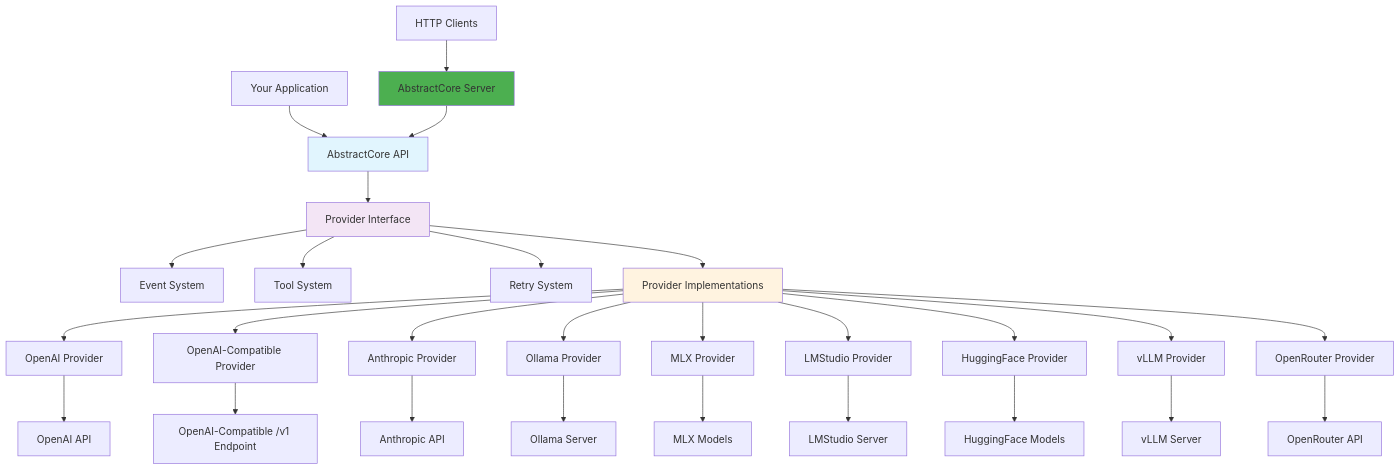
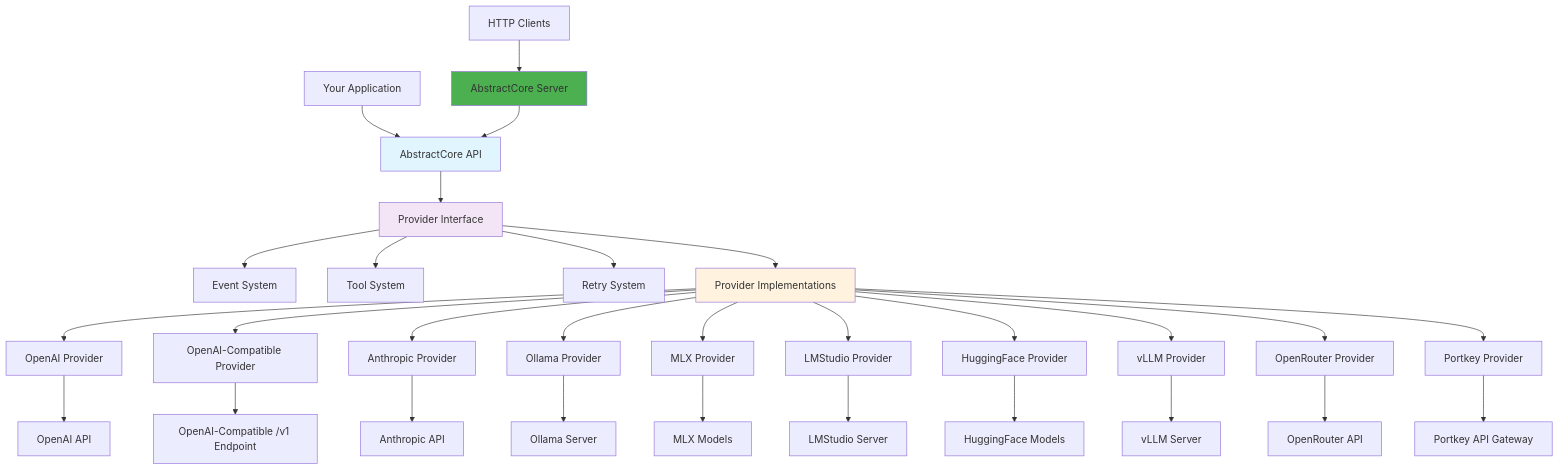
The first of 15 diagrams in docs/architecture.md (lpalbou/AbstractCore), drawn with Mermaid before and after one commit. The commit also changed other lines of this file and 27 other files, not shown here.

````diff
--- a/docs/architecture.md
+++ b/docs/architecture.md
@@ -15,37 +15,39 @@
 ```mermaid
 graph TD
     A[Your Application] --> B[AbstractCore API]
     AA[HTTP Clients] --> BB[AbstractCore Server]
     BB --> B
     
     B --> C[Provider Interface]
     C --> D[Event System]
     C --> E[Tool System]
     C --> F[Retry System]
     C --> G[Provider Implementations]
 
     G --> H[OpenAI Provider]
     G --> HH[OpenAI-Compatible Provider]
     G --> I[Anthropic Provider]
     G --> J[Ollama Provider]
     G --> K[MLX Provider]
     G --> L[LMStudio Provider]
     G --> M[HuggingFace Provider]
     G --> MM[vLLM Provider]
     G --> MN[OpenRouter Provider]
+    G --> MP[Portkey Provider]
 
     H --> N[OpenAI API]
     HH --> NN[OpenAI-Compatible /v1 Endpoint]
     I --> O[Anthropic API]
     J --> P[Ollama Server]
     K --> Q[MLX Models]
     L --> R[LMStudio Server]
     M --> S[HuggingFace Models]
     MM --> RR[vLLM Server]
     MN --> RO[OpenRouter API]
+    MP --> RP[Portkey API Gateway]
 
     style B fill:#e1f5fe
     style BB fill:#4caf50
     style C fill:#f3e5f5
     style G fill:#fff3e0
 ```
````
